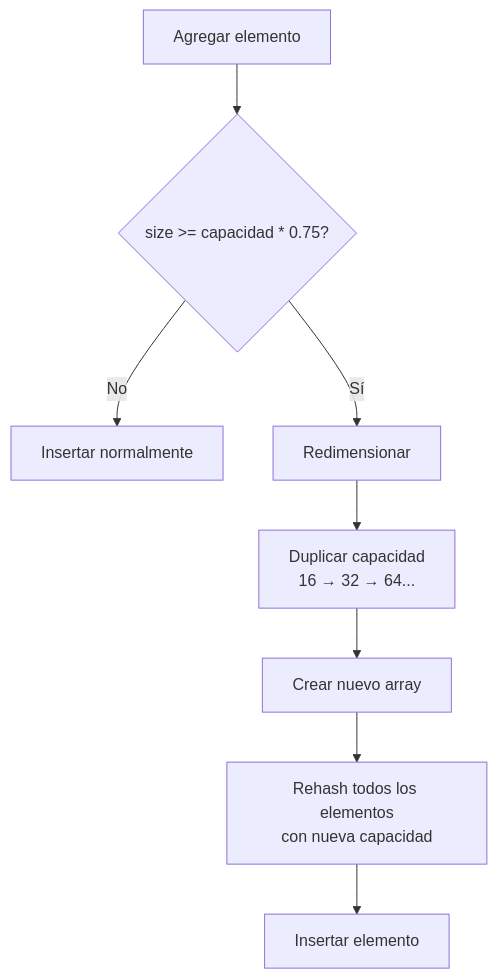
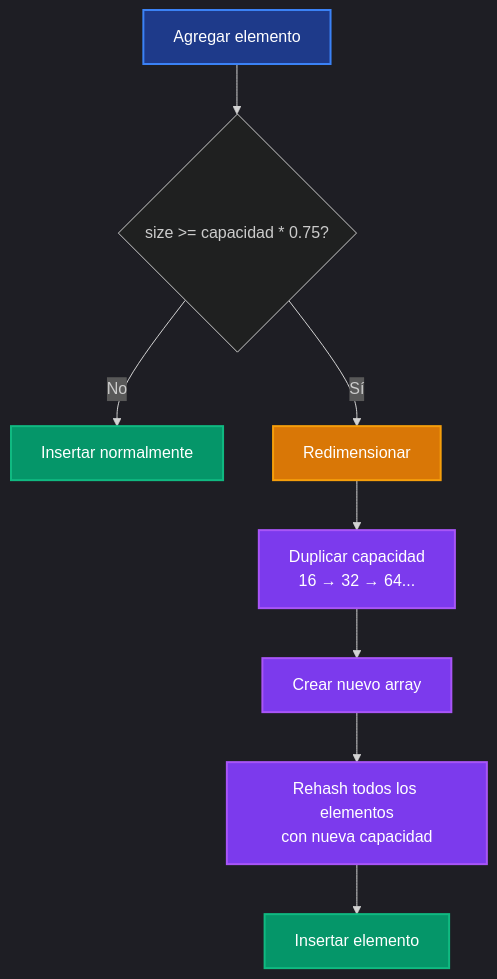
Before and after one commit to pybalt/algo2: the ninth of 19 diagrams in tp-final/README_IMPLEMENTACIONES.md, drawn with Mermaid. The commit also changed other lines of this file, not shown here.

Commit message:
Refine README_IMPLEMENTACIONES.md by enhancing dark mode support for mermaid diagrams and improving style consistency across various sections, ensuring better visual clarity.

````diff
--- a/tp-final/README_IMPLEMENTACIONES.md
+++ b/tp-final/README_IMPLEMENTACIONES.md
@@ -201,11 +215,20 @@
 ```mermaid
+%%{init: {'theme':'dark'}}%%
 flowchart TD
     A[Agregar elemento] --> B{size >= capacidad * 0.75?}
     B -->|No| C[Insertar normalmente]
     B -->|Sí| D[Redimensionar]
     
     D --> E[Duplicar capacidad<br/>16 → 32 → 64...]
     E --> F[Crear nuevo array]
     F --> G[Rehash todos los elementos<br/>con nueva capacidad]
     G --> H[Insertar elemento]
+    
+    style A fill:#1e3a8a,stroke:#3b82f6,stroke-width:2px,color:#fff
+    style C fill:#059669,stroke:#10b981,stroke-width:2px,color:#fff
+    style D fill:#d97706,stroke:#f59e0b,stroke-width:2px,color:#fff
+    style E fill:#7c3aed,stroke:#a855f7,stroke-width:2px,color:#fff
+    style F fill:#7c3aed,stroke:#a855f7,stroke-width:2px,color:#fff
+    style G fill:#7c3aed,stroke:#a855f7,stroke-width:2px,color:#fff
+    style H fill:#059669,stroke:#10b981,stroke-width:2px,color:#fff
 ```
````
